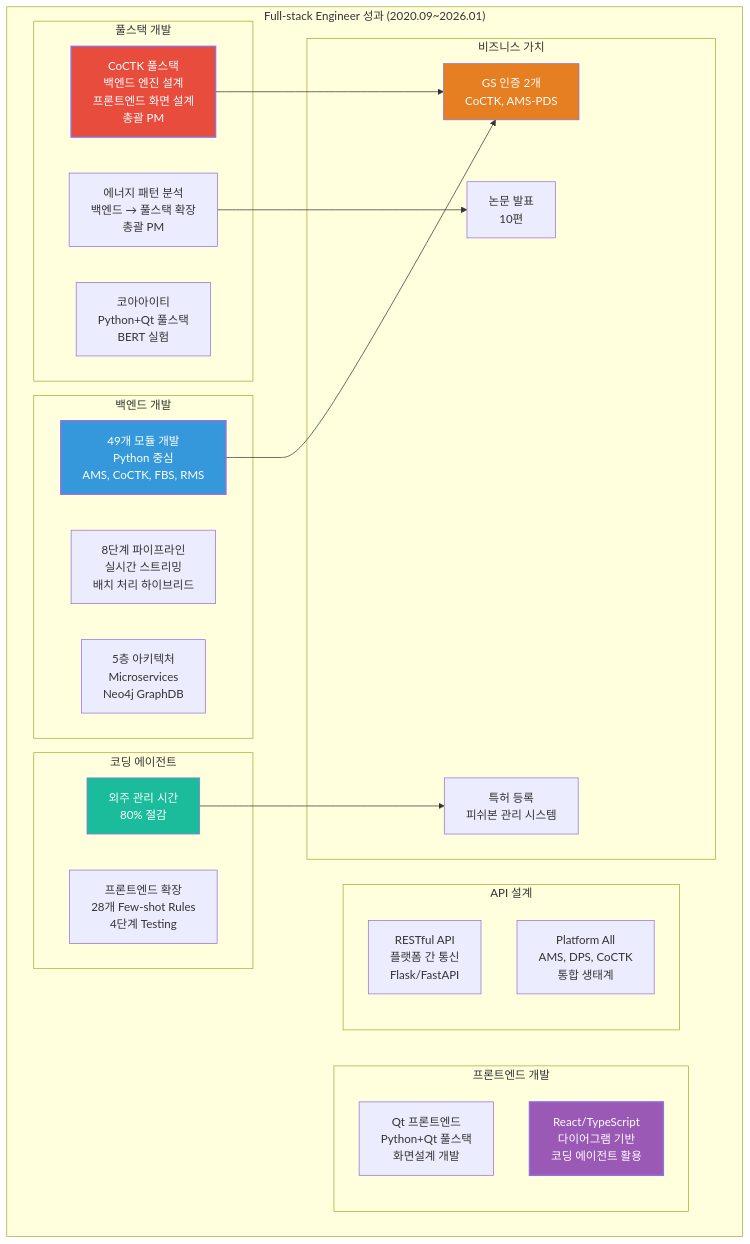
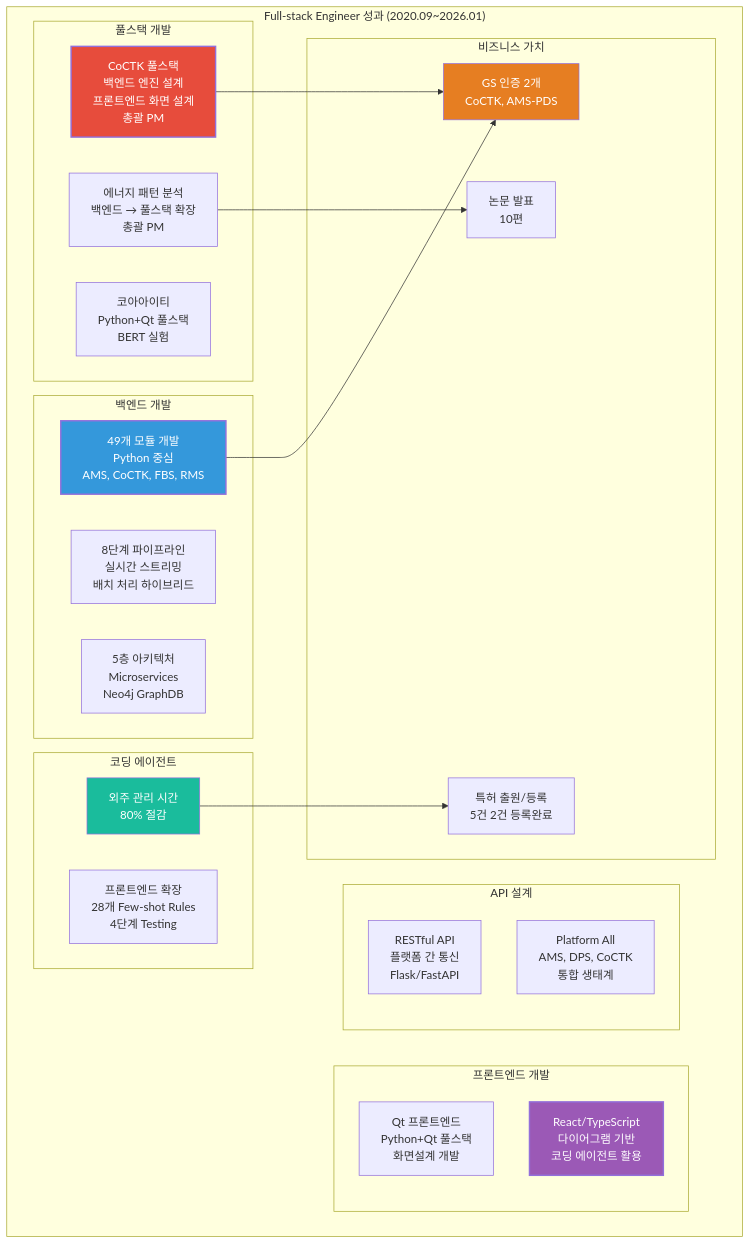
The fourth of 4 diagrams in portfolio/portfolio_docs/resume_generator/assets/일반공개/권순룡_이력서_일반공개_Fullstack_Engineer.md (moobaek/Testing_AI_agents_for_public_use), drawn with Mermaid before and after one commit. The commit also changed other lines of this file and 38 other files, not shown here.

````diff
--- a/portfolio/portfolio_docs/resume_generator/assets/일반공개/권순룡_이력서_일반공개_Fullstack_Engineer.md
+++ b/portfolio/portfolio_docs/resume_generator/assets/일반공개/권순룡_이력서_일반공개_Fullstack_Engineer.md
@@ -453,48 +453,48 @@
 ```mermaid
 graph TB
     subgraph "Full-stack Engineer 성과 (2020.09~2026.01)"
         subgraph "풀스택 개발"
             A1[CoCTK 풀스택<br/>백엔드 엔진 설계<br/>프론트엔드 화면 설계<br/>총괄 PM]
             A2[에너지 패턴 분석<br/>백엔드 → 풀스택 확장<br/>총괄 PM]
             A3[코아아이티<br/>Python+Qt 풀스택<br/>BERT 실험]
         end
         
         subgraph "백엔드 개발"
             B1[49개 모듈 개발<br/>Python 중심<br/>AMS, CoCTK, FBS, RMS]
             B2[8단계 파이프라인<br/>실시간 스트리밍<br/>배치 처리 하이브리드]
             B3[5층 아키텍처<br/>Microservices<br/>Neo4j GraphDB]
         end
         
         subgraph "프론트엔드 개발"
             C1[Qt 프론트엔드<br/>Python+Qt 풀스택<br/>화면설계 개발]
             C2[React/TypeScript<br/>다이어그램 기반<br/>코딩 에이전트 활용]
         end
         
         subgraph "API 설계"
             D1[RESTful API<br/>플랫폼 간 통신<br/>Flask/FastAPI]
             D2[Platform All<br/>AMS, DPS, CoCTK<br/>통합 생태계]
         end
         
         subgraph "코딩 에이전트"
             E1[외주 관리 시간<br/>80% 절감]
             E2[프론트엔드 확장<br/>28개 Few-shot Rules<br/>4단계 Testing]
         end
         
         subgraph "비즈니스 가치"
             F1[GS 인증 2개<br/>CoCTK, AMS-PDS]
-            F2[특허 등록<br/>피쉬본 관리 시스템]
+            F2[특허 출원/등록<br/>5건 2건 등록완료]
             F3[논문 발표<br/>10편]
         end
     end
     
     A1 --> F1
     B1 --> F1
     E1 --> F2
     A2 --> F3
     
     style A1 fill:#e74c3c,color:#fff,stroke-width:2px
     style B1 fill:#3498db,color:#fff,stroke-width:2px
     style C2 fill:#9b59b6,color:#fff,stroke-width:2px
     style E1 fill:#1abc9c,color:#fff
     style F1 fill:#e67e22,color:#fff
 ```
````
